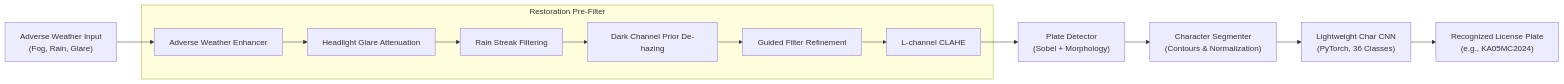
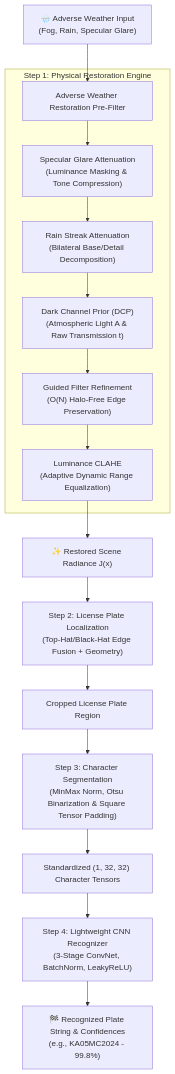
The diagram in README.md (Aditya-0x/GhostPlate), drawn with Mermaid before and after one commit. The commit also changed other lines of this file, not shown here.

````diff
--- a/README.md
+++ b/README.md
@@ -36,15 +55,23 @@
 ```mermaid
-flowchart LR
-    A["Adverse Weather Input\n(Fog, Rain, Glare)"] --> B["Adverse Weather Enhancer"]
-    subgraph Enhancement ["Restoration Pre-Filter"]
-        B --> B1["Headlight Glare Attenuation"]
-        B1 --> B2["Rain Streak Filtering"]
-        B2 --> B3["Dark Channel Prior De-hazing"]
-        B3 --> B4["Guided Filter Refinement"]
-        B4 --> B5["L-channel CLAHE"]
+flowchart TD
+    In["🌧️ Adverse Weather Input\n(Fog, Rain, Specular Glare)"] --> Pre["Adverse Weather Restoration Pre-Filter"]
+
+    subgraph PreFilter ["Step 1: Physical Restoration Engine"]
+        Pre --> G["Specular Glare Attenuation\n(Luminance Masking & Tone Compression)"]
+        G --> R["Rain Streak Attenuation\n(Bilateral Base/Detail Decomposition)"]
+        R --> DCP["Dark Channel Prior (DCP)\n(Atmospheric Light A & Raw Transmission t)"]
+        DCP --> GF["Guided Filter Refinement\n(O(N) Halo-Free Edge Preservation)"]
+        GF --> CL["Luminance CLAHE\n(Adaptive Dynamic Range Equalization)"]
     end
-    B5 --> C["Plate Detector\n(Sobel + Morphology)"]
-    C --> D["Character Segmenter\n(Contours & Normalization)"]
-    D --> E["Lightweight Char CNN\n(PyTorch, 36 Classes)"]
-    E --> F["Recognized License Plate\n(e.g., KA05MC2024)"]
+
+    CL --> Restored["✨ Restored Scene Radiance J(x)"]
+
+    Restored --> Det["Step 2: License Plate Localization\n(Top-Hat/Black-Hat Edge Fusion + Geometry)"]
+    Det --> Crop["Cropped License Plate Region"]
+
+    Crop --> Seg["Step 3: Character Segmentation\n(MinMax Norm, Otsu Binarization & Square Tensor Padding)"]
+    Seg --> Chars["Standardized (1, 32, 32) Character Tensors"]
+
+    Chars --> CNN["Step 4: Lightweight CNN Recognizer\n(3-Stage ConvNet, BatchNorm, LeakyReLU)"]
+    CNN --> Out["🏁 Recognized Plate String & Confidences\n(e.g., KA05MC2024 - 99.8%)"]
 ```
````
